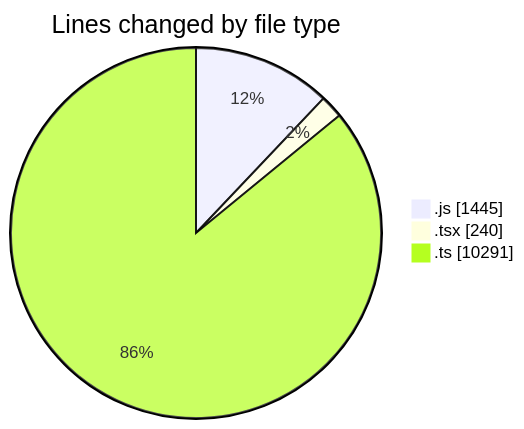
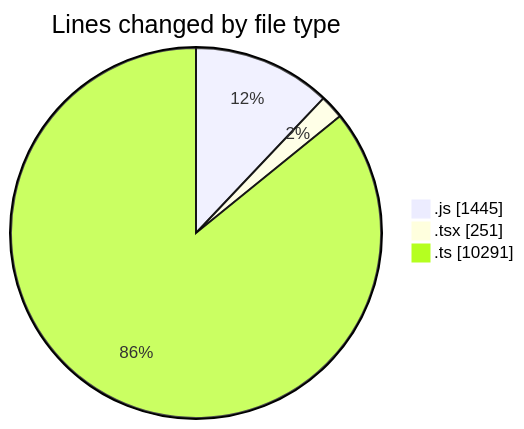
The first of 2 diagrams in 2025-03-13/cda/README.md (momahboobian/code-tracking), drawn with Mermaid before and after one commit. The commit also changed other lines of this file and 1 other file, not shown here.

````diff
--- a/2025-03-13/cda/README.md
+++ b/2025-03-13/cda/README.md
@@ -32,7 +32,7 @@
 ```mermaid
 pie showData
 title Lines changed by file type
 ".js" : 1445
-".tsx" : 240
+".tsx" : 251
 ".ts" : 10291
 ```
````
